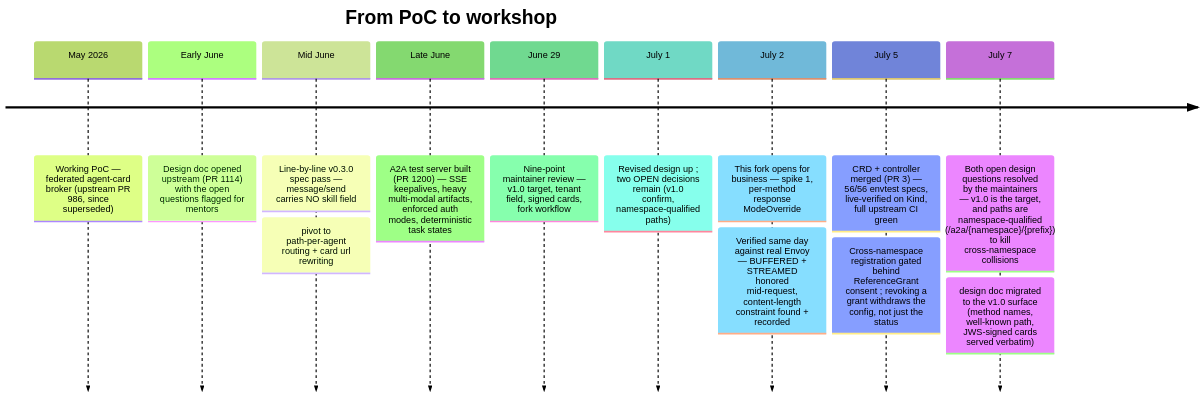
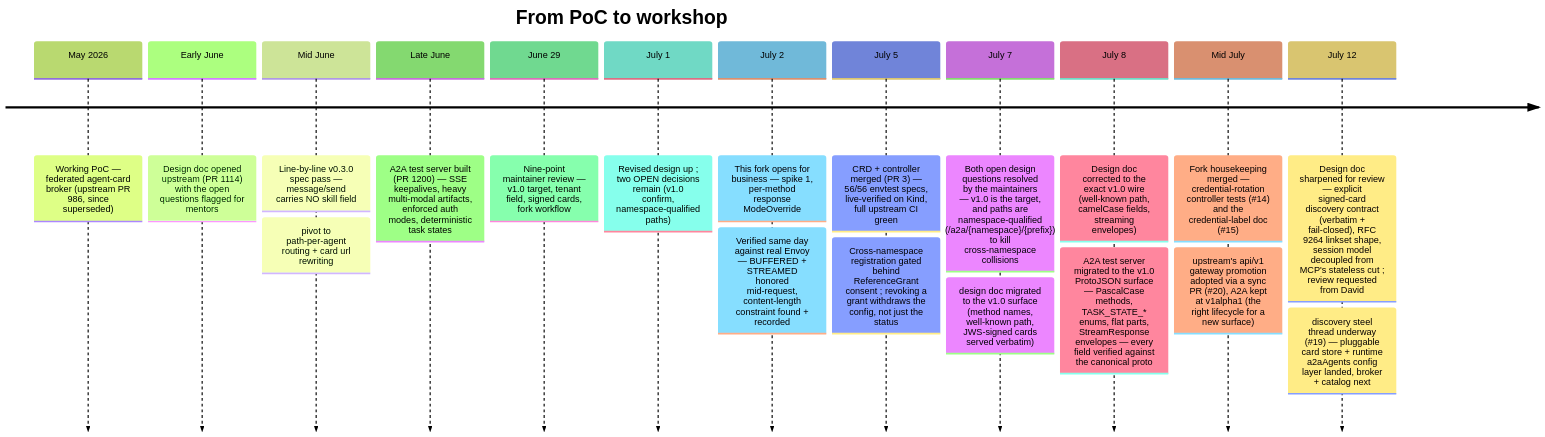
One commit to Aman-Cool/A2A-Agent2Agent-protocol changed the fourth of 5 diagrams in README.md. Above: the diagram before and after it, drawn with Mermaid (forest theme). The commit also changed other lines of this file, not shown here.

Commit message:
docs: update readme with sync, discovery progress, and v1.0 method names

````diff
--- a/README.md
+++ b/README.md
@@ -120,13 +120,16 @@
 ```mermaid
 timeline
     title From PoC to workshop
     May 2026 : Working PoC — federated agent-card broker (upstream PR 986, since superseded)
     Early June : Design doc opened upstream (PR 1114) with the open questions flagged for mentors
     Mid June : Line-by-line v0.3.0 spec pass — message/send carries NO skill field : pivot to path-per-agent routing + card url rewriting
     Late June : A2A test server built (PR 1200) — SSE keepalives, heavy multi-modal artifacts, enforced auth modes, deterministic task states
     June 29 : Nine-point maintainer review — v1.0 target, tenant field, signed cards, fork workflow
     July 1 : Revised design up ; two OPEN decisions remain (v1.0 confirm, namespace-qualified paths)
     July 2 : This fork opens for business — spike 1, per-method response ModeOverride : Verified same day against real Envoy — BUFFERED + STREAMED honored mid-request, content-length constraint found + recorded
     July 5 : CRD + controller merged (PR 3) — 56/56 envtest specs, live-verified on Kind, full upstream CI green : Cross-namespace registration gated behind ReferenceGrant consent ; revoking a grant withdraws the config, not just the status
     July 7 : Both open design questions resolved by the maintainers — v1.0 is the target, and paths are namespace-qualified (/a2a/{namespace}/{prefix}) to kill cross-namespace collisions : design doc migrated to the v1.0 surface (method names, well-known path, JWS-signed cards served verbatim)
+    July 8 : Design doc corrected to the exact v1.0 wire (well-known path, camelCase fields, streaming envelopes) : A2A test server migrated to the v1.0 ProtoJSON surface — PascalCase methods, TASK_STATE_* enums, flat parts, StreamResponse envelopes — every field verified against the canonical proto
+    Mid July : Fork housekeeping merged — credential-rotation controller tests (#14) and the credential-label doc (#15) : upstream's api/v1 gateway promotion adopted via a sync PR (#20), A2A kept at v1alpha1 (the right lifecycle for a new surface)
+    July 12 : Design doc sharpened for review — explicit signed-card discovery contract (verbatim + fail-closed), RFC 9264 linkset shape, session model decoupled from MCP's stateless cut ; review requested from David : discovery steel thread underway (#19) — pluggable card store + runtime a2aAgents config layer landed, broker + catalog next
 ```
````
